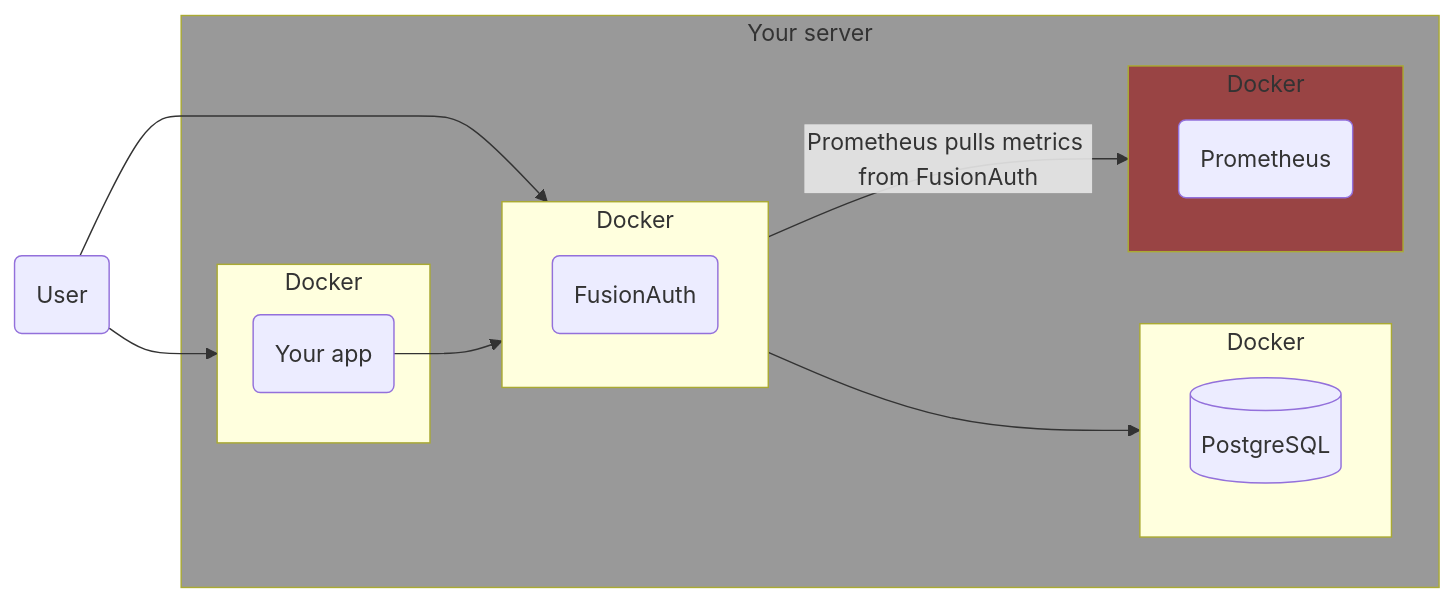
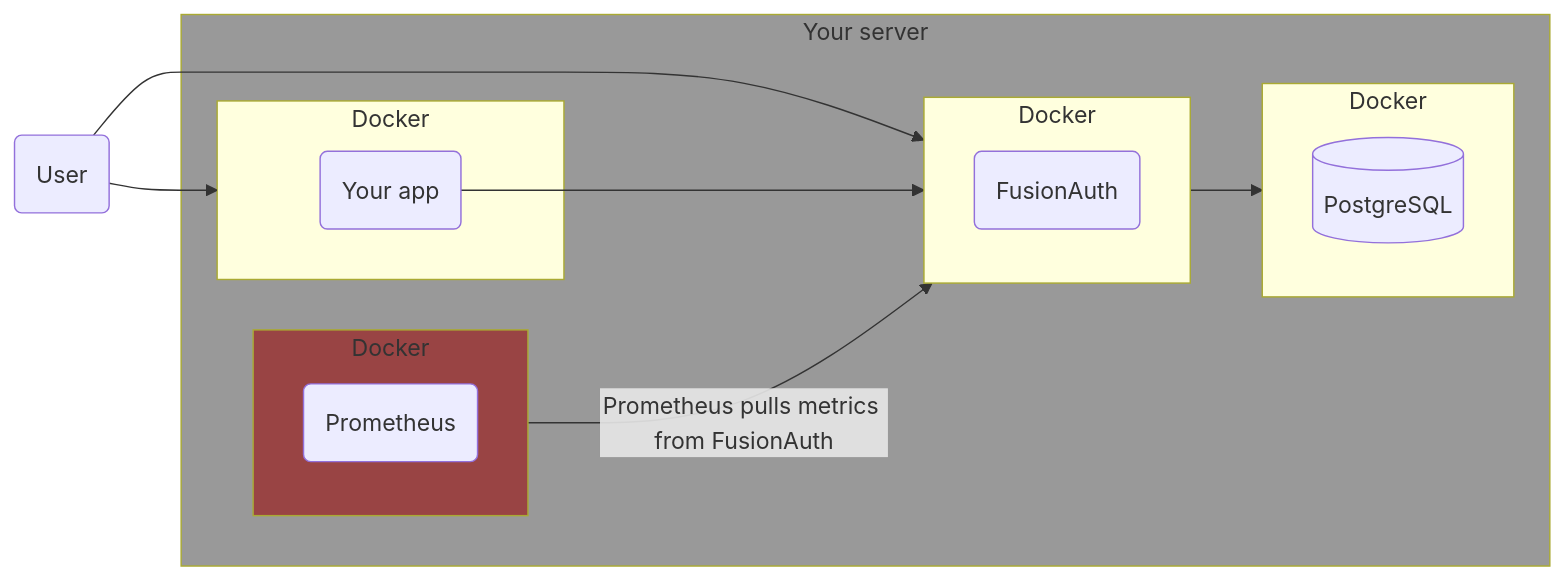
The second of 3 diagrams in astro/src/content/docs/operate/secure-and-monitor/prometheus2.mdx (FusionAuth/fusionauth-site), drawn with Mermaid before and after one commit. The commit also changed other lines of this file and 2 other files, not shown here.

````diff
--- a/astro/src/content/docs/operate/secure-and-monitor/prometheus2.mdx
+++ b/astro/src/content/docs/operate/secure-and-monitor/prometheus2.mdx
@@ -51,25 +53,25 @@
 ```mermaid
 graph LR
   D(User)
   subgraph I[Your server]
     subgraph G[Docker]
       H[(PostgreSQL)]
     end
     subgraph C[Docker]
       A(FusionAuth)
     end
     subgraph E[Docker]
       B(Prometheus)
     end
     subgraph J[Docker]
       F(Your app)
     end
   end
   D --> J
   D --> C
   C --> G
   F --> C
-  C --> |Prometheus pulls metrics from FusionAuth| E
+  E --> |Prometheus pulls metrics from FusionAuth| C
   style I fill:#999
   style E fill:#944
 ```
````
